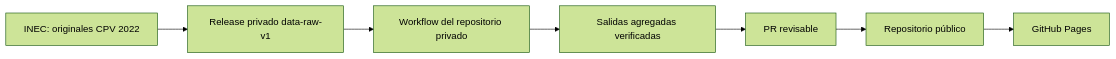
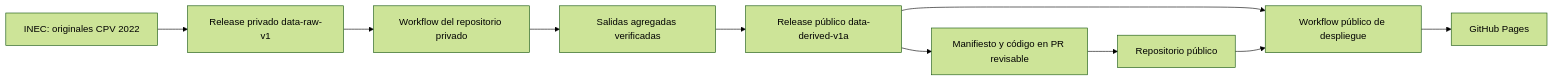
One commit to diegocevallos-tech/censo-vivo-ecuador changed the diagram in docs/data-access.md. Above: the diagram before and after it, drawn with Mermaid (forest theme). The commit also changed other lines of this file and 15 other files, not shown here.

````diff
--- a/docs/data-access.md
+++ b/docs/data-access.md
@@ -3,9 +3,12 @@
 ```mermaid
 flowchart LR
   A[INEC: originales CPV 2022] --> B[Release privado data-raw-v1]
   B --> C[Workflow del repositorio privado]
   C --> D[Salidas agregadas verificadas]
-  D --> E[PR revisable]
-  E --> F[Repositorio público]
-  F --> G[GitHub Pages]
+  D --> E[Release público data-derived-v1a]
+  E --> F[Manifiesto y código en PR revisable]
+  F --> G[Repositorio público]
+  E --> H[Workflow público de despliegue]
+  G --> H
+  H --> I[GitHub Pages]
 ```
````
